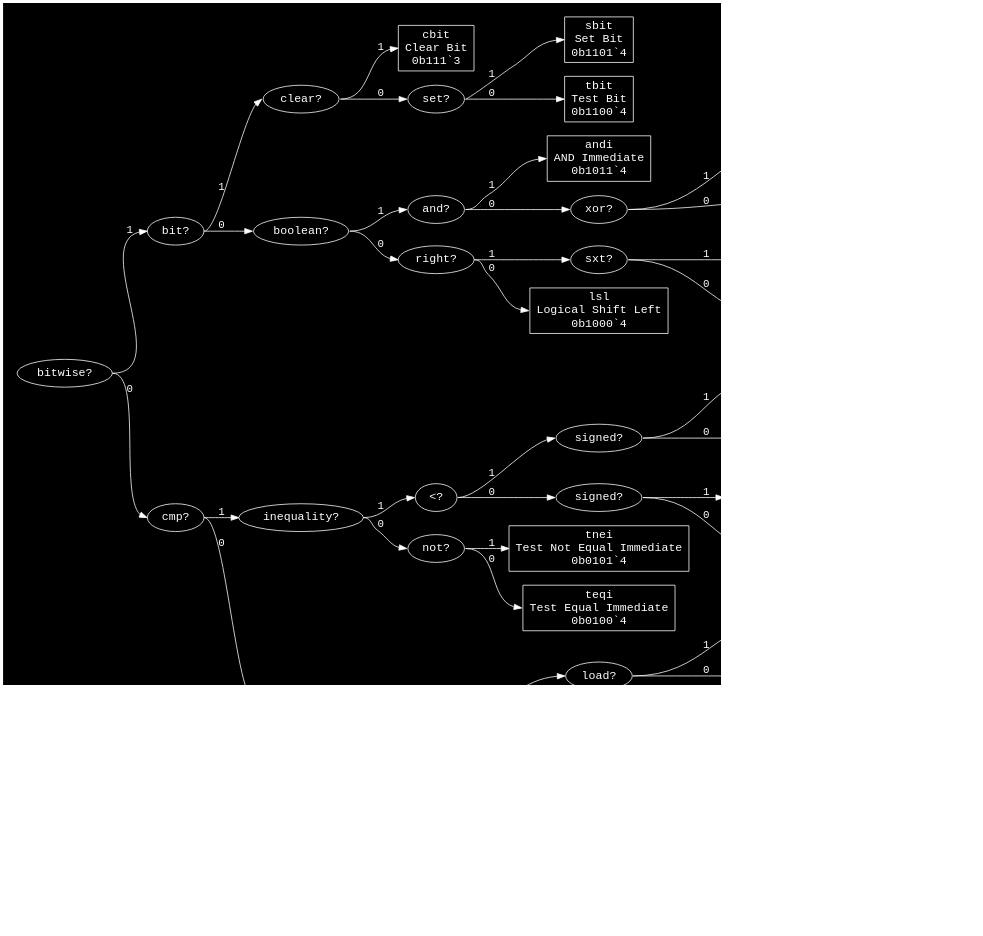
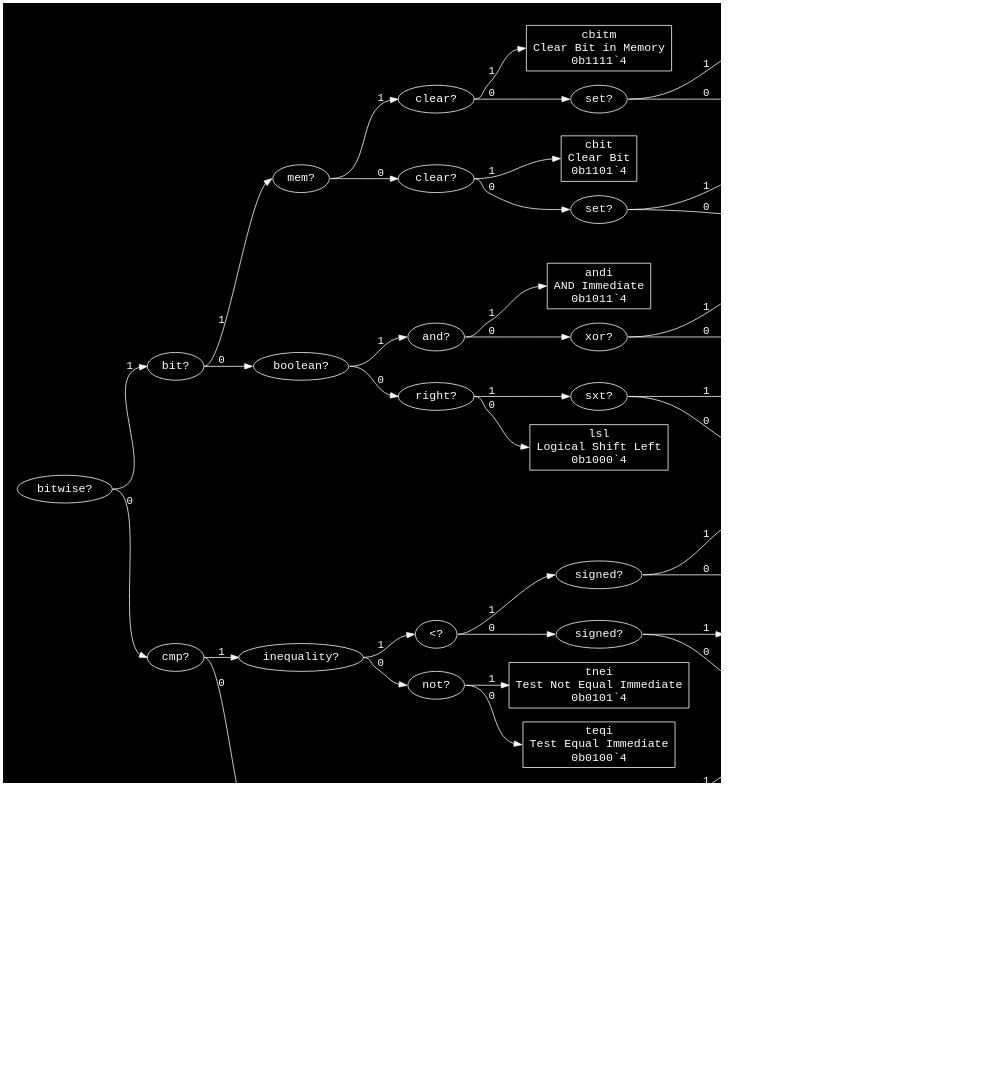
Before and after one commit to eignnx/SPRIND: the diagram in assets/graphs/ri(1).dot, drawn with Graphviz. The commit also changed 6 other files, not shown here.

```diff
--- a/assets/graphs/ri(1).dot
+++ b/assets/graphs/ri(1).dot
@@ -1,90 +1,102 @@
 digraph "Format ri(1)" {
   graph [dpi = 100, bgcolor="#111", fontcolor="white", rankdir=LR, pad="0.25"];
   node [fontname = "Courier", fontsize="15pt", color="white", fontcolor="white"];
   edge [fontname = "Courier", color="white", fontcolor="white"];
-  "bitwise_6741172" [label = "bitwise?", shape = ellipse];
-  "bitwise_6741172":e -> "bit_13246468":w [label = "1"];
-  "bitwise_6741172":e -> "cmp_2275342":w [label = "0"];
-  "bit_13246468" [label = "bit?", shape = ellipse];
-  "bit_13246468":e -> "clear_7702689":w [label = "1"];
-  "bit_13246468":e -> "boolean_6191383":w [label = "0"];
+  "bitwise_6085629" [label = "bitwise?", shape = ellipse];
+  "bitwise_6085629":e -> "bit_11592273":w [label = "1"];
+  "bitwise_6085629":e -> "cmp_2275342":w [label = "0"];
+  "bit_11592273" [label = "bit?", shape = ellipse];
+  "bit_11592273":e -> "mem_8965213":w [label = "1"];
+  "bit_11592273":e -> "boolean_6191383":w [label = "0"];
+  "mem_8965213" [label = "mem?", shape = ellipse];
+  "mem_8965213":e -> "clear_3042620":w [label = "1"];
+  "mem_8965213":e -> "clear_7702689":w [label = "0"];
+  "clear_3042620" [label = "clear?", shape = ellipse];
+  "clear_3042620":e -> "cbitm_5508826":w [label = "1"];
+  "clear_3042620":e -> "set_7736431":w [label = "0"];
+  "cbitm_5508826" [label = "cbitm\nClear Bit in Memory\n0b1111`4", shape = rectangle];
+  "set_7736431" [label = "set?", shape = ellipse];
+  "set_7736431":e -> "sbitm_5512467":w [label = "1"];
+  "set_7736431":e -> "tbitm_12044071":w [label = "0"];
+  "sbitm_5512467" [label = "sbitm\nSet Bit in Memory\n0b11101`5", shape = rectangle];
+  "tbitm_12044071" [label = "tbitm\nTest Bit in Memory\n0b11100`5", shape = rectangle];
   "clear_7702689" [label = "clear?", shape = ellipse];
   "clear_7702689":e -> "cbit_262815":w [label = "1"];
   "clear_7702689":e -> "set_10387925":w [label = "0"];
-  "cbit_262815" [label = "cbit\nClear Bit\n0b111`3", shape = rectangle];
+  "cbit_262815" [label = "cbit\nClear Bit\n0b1101`4", shape = rectangle];
   "set_10387925" [label = "set?", shape = ellipse];
   "set_10387925":e -> "sbit_16738776":w [label = "1"];
   "set_10387925":e -> "tbit_5372373":w [label = "0"];
-  "sbit_16738776" [label = "sbit\nSet Bit\n0b1101`4", shape = rectangle];
-  "tbit_5372373" [label = "tbit\nTest Bit\n0b1100`4", shape = rectangle];
+  "sbit_16738776" [label = "sbit\nSet Bit\n0b11001`5", shape = rectangle];
+  "tbit_5372373" [label = "tbit\nTest Bit\n0b11000`5", shape = rectangle];
   "boolean_6191383" [label = "boolean?", shape = ellipse];
   "boolean_6191383":e -> "and_9476752":w [label = "1"];
   "boolean_6191383":e -> "right_10240396":w [label = "0"];
   "and_9476752" [label = "and?", shape = ellipse];
   "and_9476752":e -> "andi_12159617":w [label = "1"];
   "and_9476752":e -> "xor_2651879":w [label = "0"];
   "andi_12159617" [label = "andi\nAND Immediate\n0b1011`4", shape = rectangle];
   "xor_2651879" [label = "xor?", shape = ellipse];
   "xor_2651879":e -> "xori_1004432":w [label = "1"];
   "xor_2651879":e -> "ori_10741780":w [label = "0"];
   "xori_1004432" [label = "xori\nXOR Immediate\n0b10101`5", shape = rectangle];
   "ori_10741780" [label = "ori\nOR Immediate\n0b10100`5", shape = rectangle];
   "right_10240396" [label = "right?", shape = ellipse];
   "right_10240396":e -> "sxt_3947393":w [label = "1"];
   "right_10240396":e -> "lsl_933506":w [label = "0"];
   "sxt_3947393" [label = "sxt?", shape = ellipse];
   "sxt_3947393":e -> "asr_4658712":w [label = "1"];
   "sxt_3947393":e -> "lsr_5551459":w [label = "0"];
   "asr_4658712" [label = "asr\nArithmetic Shift Right\n0b10011`5", shape = rectangle];
   "lsr_5551459" [label = "lsr\nLogical Shift Right\n0b10010`5", shape = rectangle];
   "lsl_933506" [label = "lsl\nLogical Shift Left\n0b1000`4", shape = rectangle];
   "cmp_2275342" [label = "cmp?", shape = ellipse];
   "cmp_2275342":e -> "inequality_5877276":w [label = "1"];
   "cmp_2275342":e -> "global_8409141":w [label = "0"];
   "inequality_5877276" [label = "inequality?", shape = ellipse];
   "inequality_5877276":e -> "<_1890235":w [label = "1"];
   "inequality_5877276":e -> "not_8792364":w [label = "0"];
   "<_1890235" [label = "<?", shape = ellipse];
   "<_1890235":e -> "signed_10531314":w [label = "1"];
   "<_1890235":e -> "signed_6217757":w [label = "0"];
   "signed_10531314" [label = "signed?", shape = ellipse];
   "signed_10531314":e -> "tli_650505":w [label = "1"];
   "signed_10531314":e -> "tbi_7859922":w [label = "0"];
   "tli_650505" [label = "tli\nTest Less-than Immediate\n0b01111`5", shape = rectangle];
   "tbi_7859922" [label = "tbi\nTest Below Immediate\n0b01110`5", shape = rectangle];
   "signed_6217757" [label = "signed?", shape = ellipse];
   "signed_6217757":e -> "tgei_4329480":w [label = "1"];
   "signed_6217757":e -> "taei_9511866":w [label = "0"];
   "tgei_4329480" [label = "tgei\nTest Greater-than or Equal Immediate\n0b01101`5", shape = rectangle];
   "taei_9511866" [label = "taei\nTest Above or Equal\n0b01100`5", shape = rectangle];
   "not_8792364" [label = "not?", shape = ellipse];
   "not_8792364":e -> "tnei_12469607":w [label = "1"];
   "not_8792364":e -> "teqi_10456661":w [label = "0"];
   "tnei_12469607" [label = "tnei\nTest Not Equal Immediate\n0b0101`4", shape = rectangle];
   "teqi_10456661" [label = "teqi\nTest Equal Immediate\n0b0100`4", shape = rectangle];
   "global_8409141" [label = "global?", shape = ellipse];
   "global_8409141":e -> "byte_11793580":w [label = "1"];
   "global_8409141":e -> "carry_3117734":w [label = "0"];
   "byte_11793580" [label = "byte?", shape = ellipse];
   "byte_11793580":e -> "load_4551929":w [label = "1"];
   "byte_11793580":e -> "load_470839":w [label = "0"];
   "load_4551929" [label = "load?", shape = ellipse];
   "load_4551929":e -> "lgb_856797":w [label = "1"];
   "load_4551929":e -> "sgb_13623431":w [label = "0"];
   "lgb_856797" [label = "lgb\nLoad Global Byte\n0b00111`5", shape = rectangle];
   "sgb_13623431" [label = "sgb\nStore Global Byte\n0b00110`5", shape = rectangle];
   "load_470839" [label = "load?", shape = ellipse];
   "load_470839":e -> "lgw_5872715":w [label = "1"];
   "load_470839":e -> "sgw_3934115":w [label = "0"];
   "lgw_5872715" [label = "lgw\nLoad Global Word\n0b00101`5", shape = rectangle];
   "sgw_3934115" [label = "sgw\nStore Global Word\n0b00100`5", shape = rectangle];
   "carry_3117734" [label = "carry?", shape = ellipse];
   "carry_3117734":e -> "add_2468223":w [label = "1"];
   "carry_3117734":e -> "addi_9690679":w [label = "0"];
   "add_2468223" [label = "add?", shape = ellipse];
   "add_2468223":e -> "addicy_12315327":w [label = "1"];
   "add_2468223":e -> "subicy_2944954":w [label = "0"];
   "addicy_12315327" [label = "addicy\nAdd Immediate with Carry\n0b00011`5", shape = rectangle];
   "subicy_2944954" [label = "subicy\nSubtract Immediate with Carry\n0b00010`5", shape = rectangle];
   "addi_9690679" [label = "addi\nAdd Immediate\n0b0000`4", shape = rectangle];
 }
```
